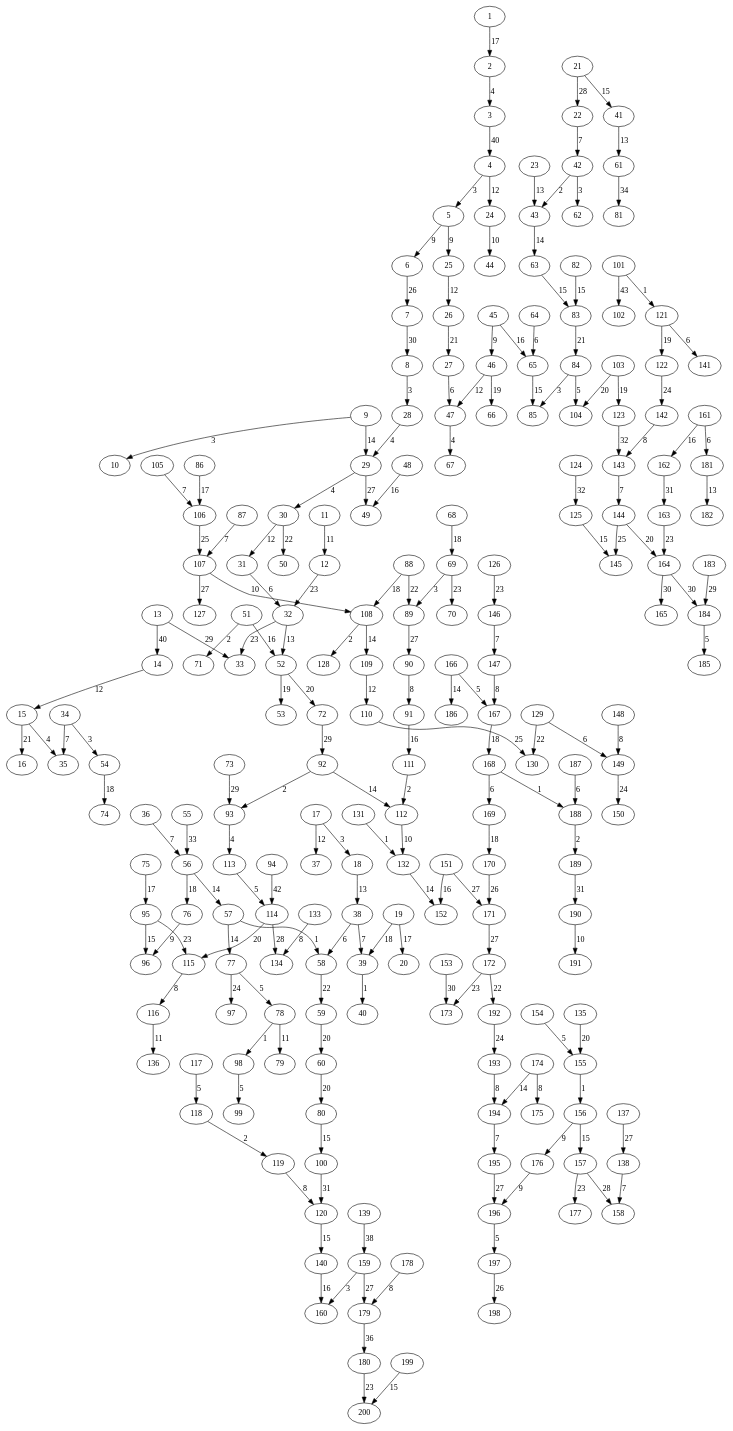
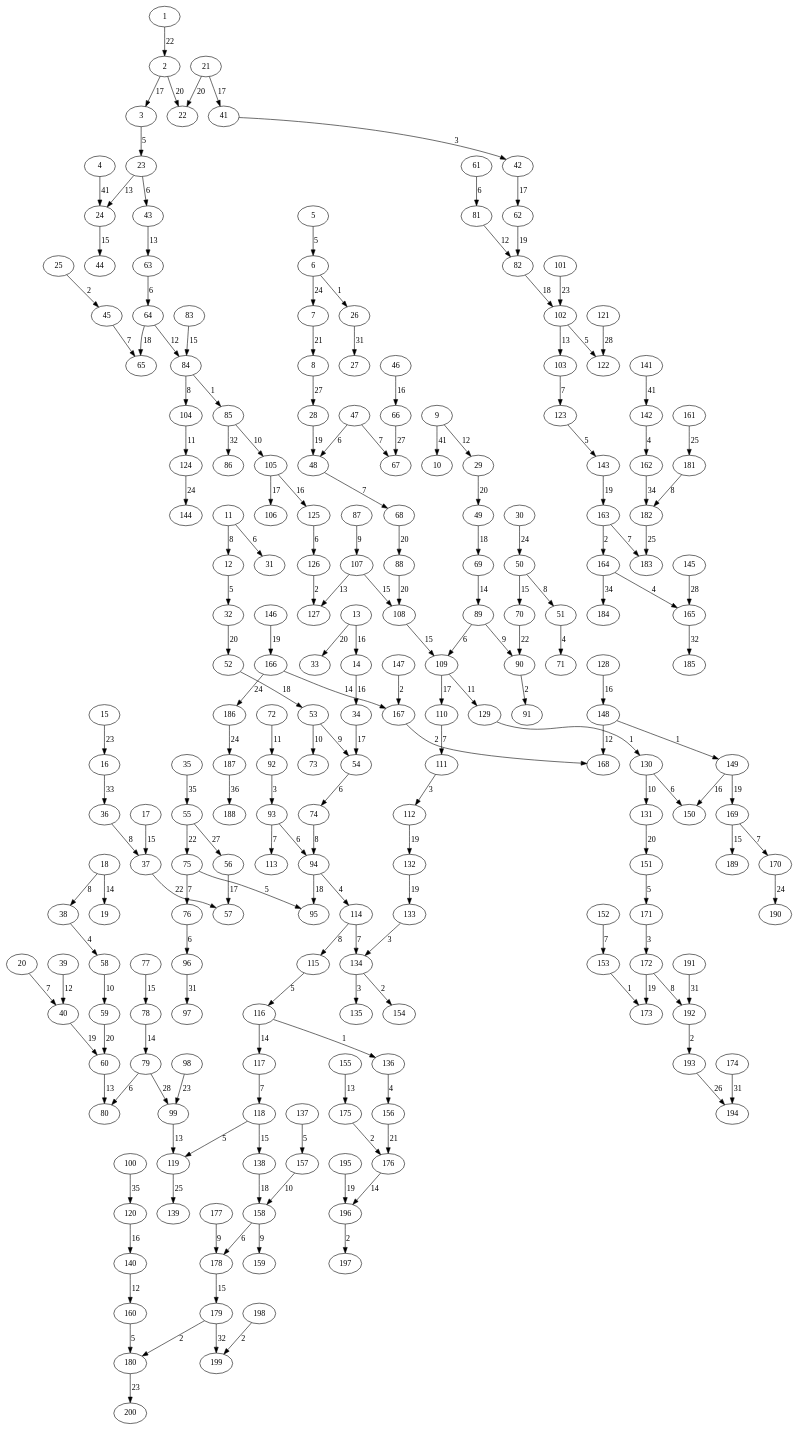
One commit to stormKx18/cic_algoritmos_proyecto4_Christian_Jaime changed the diagram in graphviz/grafoMalla_m_20_n_10_Prim.gv. Above: the diagram before and after it, drawn with Graphviz. The commit also changed 19 other files, not shown here.

```diff
--- a/graphviz/grafoMalla_m_20_n_10_Prim.gv
+++ b/graphviz/grafoMalla_m_20_n_10_Prim.gv
@@ -199,203 +199,203 @@
 198;
 199;
 200;
-1 -> 2[label=17 weight=17];
-2 -> 3[label=4 weight=4];
-3 -> 4[label=40 weight=40];
-4 -> 5[label=3 weight=3];
-5 -> 6[label=9 weight=9];
-6 -> 7[label=26 weight=26];
-7 -> 8[label=30 weight=30];
-9 -> 29[label=14 weight=14];
-9 -> 10[label=3 weight=3];
-11 -> 12[label=11 weight=11];
-12 -> 32[label=23 weight=23];
-13 -> 33[label=29 weight=29];
-13 -> 14[label=40 weight=40];
-14 -> 15[label=12 weight=12];
-15 -> 16[label=21 weight=21];
-17 -> 18[label=3 weight=3];
-18 -> 38[label=13 weight=13];
-19 -> 39[label=18 weight=18];
-19 -> 20[label=17 weight=17];
-21 -> 22[label=28 weight=28];
-22 -> 42[label=7 weight=7];
-23 -> 43[label=13 weight=13];
-4 -> 24[label=12 weight=12];
-5 -> 25[label=9 weight=9];
-25 -> 26[label=12 weight=12];
-26 -> 27[label=21 weight=21];
-8 -> 28[label=3 weight=3];
-28 -> 29[label=4 weight=4];
-29 -> 30[label=4 weight=4];
-30 -> 31[label=12 weight=12];
-31 -> 32[label=6 weight=6];
-32 -> 33[label=23 weight=23];
-34 -> 35[label=7 weight=7];
-15 -> 35[label=4 weight=4];
-36 -> 56[label=7 weight=7];
-17 -> 37[label=12 weight=12];
-38 -> 58[label=6 weight=6];
-38 -> 39[label=7 weight=7];
-39 -> 40[label=1 weight=1];
-21 -> 41[label=15 weight=15];
-42 -> 43[label=2 weight=2];
-43 -> 63[label=14 weight=14];
-24 -> 44[label=10 weight=10];
-45 -> 46[label=9 weight=9];
-46 -> 47[label=12 weight=12];
-27 -> 47[label=6 weight=6];
-48 -> 49[label=16 weight=16];
-29 -> 49[label=27 weight=27];
-30 -> 50[label=22 weight=22];
-51 -> 52[label=16 weight=16];
-32 -> 52[label=13 weight=13];
-52 -> 53[label=19 weight=19];
-34 -> 54[label=3 weight=3];
-55 -> 56[label=33 weight=33];
-56 -> 76[label=18 weight=18];
-56 -> 57[label=14 weight=14];
-57 -> 58[label=1 weight=1];
-58 -> 59[label=22 weight=22];
+1 -> 2[label=22 weight=22];
+2 -> 3[label=17 weight=17];
+4 -> 24[label=41 weight=41];
+5 -> 6[label=5 weight=5];
+6 -> 7[label=24 weight=24];
+7 -> 8[label=21 weight=21];
+8 -> 28[label=27 weight=27];
+9 -> 29[label=12 weight=12];
+9 -> 10[label=41 weight=41];
+11 -> 12[label=8 weight=8];
+12 -> 32[label=5 weight=5];
+13 -> 14[label=16 weight=16];
+14 -> 34[label=16 weight=16];
+15 -> 16[label=23 weight=23];
+16 -> 36[label=33 weight=33];
+17 -> 37[label=15 weight=15];
+18 -> 38[label=8 weight=8];
+18 -> 19[label=14 weight=14];
+20 -> 40[label=7 weight=7];
+21 -> 22[label=20 weight=20];
+2 -> 22[label=20 weight=20];
+3 -> 23[label=5 weight=5];
+23 -> 24[label=13 weight=13];
+25 -> 45[label=2 weight=2];
+6 -> 26[label=1 weight=1];
+26 -> 27[label=31 weight=31];
+28 -> 48[label=19 weight=19];
+29 -> 49[label=20 weight=20];
+30 -> 50[label=24 weight=24];
+11 -> 31[label=6 weight=6];
+32 -> 52[label=20 weight=20];
+13 -> 33[label=20 weight=20];
+34 -> 54[label=17 weight=17];
+35 -> 55[label=35 weight=35];
+36 -> 37[label=8 weight=8];
+37 -> 57[label=22 weight=22];
+38 -> 58[label=4 weight=4];
+39 -> 40[label=12 weight=12];
+40 -> 60[label=19 weight=19];
+21 -> 41[label=17 weight=17];
+41 -> 42[label=3 weight=3];
+23 -> 43[label=6 weight=6];
+24 -> 44[label=15 weight=15];
+45 -> 65[label=7 weight=7];
+46 -> 66[label=16 weight=16];
+47 -> 48[label=6 weight=6];
+48 -> 68[label=7 weight=7];
+49 -> 69[label=18 weight=18];
+50 -> 70[label=15 weight=15];
+50 -> 51[label=8 weight=8];
+52 -> 53[label=18 weight=18];
+53 -> 54[label=9 weight=9];
+54 -> 74[label=6 weight=6];
+55 -> 75[label=22 weight=22];
+55 -> 56[label=27 weight=27];
+56 -> 57[label=17 weight=17];
+58 -> 59[label=10 weight=10];
 59 -> 60[label=20 weight=20];
-41 -> 61[label=13 weight=13];
-42 -> 62[label=3 weight=3];
-63 -> 83[label=15 weight=15];
-64 -> 65[label=6 weight=6];
-45 -> 65[label=16 weight=16];
-46 -> 66[label=19 weight=19];
-47 -> 67[label=4 weight=4];
-68 -> 69[label=18 weight=18];
-69 -> 89[label=3 weight=3];
-69 -> 70[label=23 weight=23];
-51 -> 71[label=2 weight=2];
-52 -> 72[label=20 weight=20];
-73 -> 93[label=29 weight=29];
-54 -> 74[label=18 weight=18];
-75 -> 95[label=17 weight=17];
-76 -> 96[label=9 weight=9];
-57 -> 77[label=14 weight=14];
-77 -> 78[label=5 weight=5];
-78 -> 79[label=11 weight=11];
-60 -> 80[label=20 weight=20];
-61 -> 81[label=34 weight=34];
-82 -> 83[label=15 weight=15];
-83 -> 84[label=21 weight=21];
-84 -> 85[label=3 weight=3];
-65 -> 85[label=15 weight=15];
-86 -> 106[label=17 weight=17];
-87 -> 107[label=7 weight=7];
-88 -> 89[label=22 weight=22];
-89 -> 90[label=27 weight=27];
-90 -> 91[label=8 weight=8];
-91 -> 111[label=16 weight=16];
-72 -> 92[label=29 weight=29];
-92 -> 93[label=2 weight=2];
-94 -> 114[label=42 weight=42];
-95 -> 115[label=23 weight=23];
-95 -> 96[label=15 weight=15];
-77 -> 97[label=24 weight=24];
-78 -> 98[label=1 weight=1];
-98 -> 99[label=5 weight=5];
-80 -> 100[label=15 weight=15];
-101 -> 121[label=1 weight=1];
-101 -> 102[label=43 weight=43];
-103 -> 104[label=20 weight=20];
-84 -> 104[label=5 weight=5];
-105 -> 106[label=7 weight=7];
-106 -> 107[label=25 weight=25];
-107 -> 108[label=10 weight=10];
-88 -> 108[label=18 weight=18];
-108 -> 109[label=14 weight=14];
-109 -> 110[label=12 weight=12];
-111 -> 112[label=2 weight=2];
-92 -> 112[label=14 weight=14];
-93 -> 113[label=4 weight=4];
-113 -> 114[label=5 weight=5];
-114 -> 115[label=20 weight=20];
-115 -> 116[label=8 weight=8];
-117 -> 118[label=5 weight=5];
-118 -> 119[label=2 weight=2];
-119 -> 120[label=8 weight=8];
-100 -> 120[label=31 weight=31];
-121 -> 122[label=19 weight=19];
-122 -> 142[label=24 weight=24];
-103 -> 123[label=19 weight=19];
-124 -> 125[label=32 weight=32];
-125 -> 145[label=15 weight=15];
-126 -> 146[label=23 weight=23];
-107 -> 127[label=27 weight=27];
-108 -> 128[label=2 weight=2];
-129 -> 130[label=22 weight=22];
-110 -> 130[label=25 weight=25];
-131 -> 132[label=1 weight=1];
-112 -> 132[label=10 weight=10];
-133 -> 134[label=8 weight=8];
-114 -> 134[label=28 weight=28];
-135 -> 155[label=20 weight=20];
-116 -> 136[label=11 weight=11];
-137 -> 138[label=27 weight=27];
-138 -> 158[label=7 weight=7];
-139 -> 159[label=38 weight=38];
-120 -> 140[label=15 weight=15];
-121 -> 141[label=6 weight=6];
-142 -> 143[label=8 weight=8];
-123 -> 143[label=32 weight=32];
-143 -> 144[label=7 weight=7];
-144 -> 145[label=25 weight=25];
-146 -> 147[label=7 weight=7];
-147 -> 167[label=8 weight=8];
-148 -> 149[label=8 weight=8];
-129 -> 149[label=6 weight=6];
-149 -> 150[label=24 weight=24];
-151 -> 152[label=16 weight=16];
-132 -> 152[label=14 weight=14];
-153 -> 173[label=30 weight=30];
-154 -> 155[label=5 weight=5];
-155 -> 156[label=1 weight=1];
-156 -> 176[label=9 weight=9];
-156 -> 157[label=15 weight=15];
-157 -> 158[label=28 weight=28];
-159 -> 160[label=3 weight=3];
-140 -> 160[label=16 weight=16];
-161 -> 162[label=16 weight=16];
-162 -> 163[label=31 weight=31];
-163 -> 164[label=23 weight=23];
-144 -> 164[label=20 weight=20];
-164 -> 165[label=30 weight=30];
-166 -> 167[label=5 weight=5];
-167 -> 168[label=18 weight=18];
-168 -> 169[label=6 weight=6];
-169 -> 170[label=18 weight=18];
-170 -> 171[label=26 weight=26];
-151 -> 171[label=27 weight=27];
-171 -> 172[label=27 weight=27];
-172 -> 173[label=23 weight=23];
-174 -> 194[label=14 weight=14];
-174 -> 175[label=8 weight=8];
-176 -> 196[label=9 weight=9];
-157 -> 177[label=23 weight=23];
-178 -> 179[label=8 weight=8];
-159 -> 179[label=27 weight=27];
-179 -> 180[label=36 weight=36];
-161 -> 181[label=6 weight=6];
-181 -> 182[label=13 weight=13];
-183 -> 184[label=29 weight=29];
-164 -> 184[label=30 weight=30];
-184 -> 185[label=5 weight=5];
-166 -> 186[label=14 weight=14];
-187 -> 188[label=6 weight=6];
-168 -> 188[label=1 weight=1];
-188 -> 189[label=2 weight=2];
-189 -> 190[label=31 weight=31];
-190 -> 191[label=10 weight=10];
-172 -> 192[label=22 weight=22];
-192 -> 193[label=24 weight=24];
-193 -> 194[label=8 weight=8];
-194 -> 195[label=7 weight=7];
-195 -> 196[label=27 weight=27];
-196 -> 197[label=5 weight=5];
-197 -> 198[label=26 weight=26];
-199 -> 200[label=15 weight=15];
+60 -> 80[label=13 weight=13];
+61 -> 81[label=6 weight=6];
+42 -> 62[label=17 weight=17];
+43 -> 63[label=13 weight=13];
+63 -> 64[label=6 weight=6];
+64 -> 65[label=18 weight=18];
+66 -> 67[label=27 weight=27];
+47 -> 67[label=7 weight=7];
+68 -> 88[label=20 weight=20];
+69 -> 89[label=14 weight=14];
+70 -> 90[label=22 weight=22];
+51 -> 71[label=4 weight=4];
+72 -> 92[label=11 weight=11];
+53 -> 73[label=10 weight=10];
+74 -> 94[label=8 weight=8];
+75 -> 95[label=5 weight=5];
+75 -> 76[label=7 weight=7];
+77 -> 78[label=15 weight=15];
+78 -> 79[label=14 weight=14];
+79 -> 99[label=28 weight=28];
+79 -> 80[label=6 weight=6];
+81 -> 82[label=12 weight=12];
+62 -> 82[label=19 weight=19];
+83 -> 84[label=15 weight=15];
+64 -> 84[label=12 weight=12];
+84 -> 85[label=1 weight=1];
+85 -> 86[label=32 weight=32];
+87 -> 107[label=9 weight=9];
+88 -> 108[label=20 weight=20];
+89 -> 109[label=6 weight=6];
+89 -> 90[label=9 weight=9];
+90 -> 91[label=2 weight=2];
+92 -> 93[label=3 weight=3];
+93 -> 94[label=6 weight=6];
+94 -> 114[label=4 weight=4];
+94 -> 95[label=18 weight=18];
+76 -> 96[label=6 weight=6];
+96 -> 97[label=31 weight=31];
+98 -> 99[label=23 weight=23];
+99 -> 119[label=13 weight=13];
+100 -> 120[label=35 weight=35];
+101 -> 102[label=23 weight=23];
+82 -> 102[label=18 weight=18];
+102 -> 103[label=13 weight=13];
+84 -> 104[label=8 weight=8];
+85 -> 105[label=10 weight=10];
+105 -> 106[label=17 weight=17];
+107 -> 127[label=13 weight=13];
+107 -> 108[label=15 weight=15];
+108 -> 109[label=15 weight=15];
+109 -> 110[label=17 weight=17];
+110 -> 111[label=7 weight=7];
+111 -> 112[label=3 weight=3];
+93 -> 113[label=7 weight=7];
+114 -> 134[label=7 weight=7];
+114 -> 115[label=8 weight=8];
+115 -> 116[label=5 weight=5];
+116 -> 117[label=14 weight=14];
+117 -> 118[label=7 weight=7];
+118 -> 119[label=5 weight=5];
+120 -> 140[label=16 weight=16];
+121 -> 122[label=28 weight=28];
+102 -> 122[label=5 weight=5];
+103 -> 123[label=7 weight=7];
+104 -> 124[label=11 weight=11];
+105 -> 125[label=16 weight=16];
+125 -> 126[label=6 weight=6];
+126 -> 127[label=2 weight=2];
+128 -> 148[label=16 weight=16];
+109 -> 129[label=11 weight=11];
+129 -> 130[label=1 weight=1];
+130 -> 131[label=10 weight=10];
+112 -> 132[label=19 weight=19];
+132 -> 133[label=19 weight=19];
+133 -> 134[label=3 weight=3];
+134 -> 135[label=3 weight=3];
+116 -> 136[label=1 weight=1];
+137 -> 157[label=5 weight=5];
+118 -> 138[label=15 weight=15];
+119 -> 139[label=25 weight=25];
+140 -> 160[label=12 weight=12];
+141 -> 142[label=41 weight=41];
+142 -> 162[label=4 weight=4];
+123 -> 143[label=5 weight=5];
+124 -> 144[label=24 weight=24];
+145 -> 165[label=28 weight=28];
+146 -> 166[label=19 weight=19];
+147 -> 167[label=2 weight=2];
+148 -> 149[label=1 weight=1];
+149 -> 150[label=16 weight=16];
+130 -> 150[label=6 weight=6];
+131 -> 151[label=20 weight=20];
+152 -> 153[label=7 weight=7];
+153 -> 173[label=1 weight=1];
+134 -> 154[label=2 weight=2];
+155 -> 175[label=13 weight=13];
+136 -> 156[label=4 weight=4];
+157 -> 158[label=10 weight=10];
+138 -> 158[label=18 weight=18];
+158 -> 159[label=9 weight=9];
+160 -> 180[label=5 weight=5];
+161 -> 181[label=25 weight=25];
+162 -> 182[label=34 weight=34];
+143 -> 163[label=19 weight=19];
+163 -> 164[label=2 weight=2];
+164 -> 165[label=4 weight=4];
+166 -> 167[label=14 weight=14];
+167 -> 168[label=2 weight=2];
+148 -> 168[label=12 weight=12];
+149 -> 169[label=19 weight=19];
+169 -> 170[label=7 weight=7];
+151 -> 171[label=5 weight=5];
+171 -> 172[label=3 weight=3];
+172 -> 173[label=19 weight=19];
+174 -> 194[label=31 weight=31];
+175 -> 176[label=2 weight=2];
+156 -> 176[label=21 weight=21];
+177 -> 178[label=9 weight=9];
+158 -> 178[label=6 weight=6];
+178 -> 179[label=15 weight=15];
+179 -> 180[label=2 weight=2];
+181 -> 182[label=8 weight=8];
+182 -> 183[label=25 weight=25];
+163 -> 183[label=7 weight=7];
+164 -> 184[label=34 weight=34];
+165 -> 185[label=32 weight=32];
+166 -> 186[label=24 weight=24];
+186 -> 187[label=24 weight=24];
+187 -> 188[label=36 weight=36];
+169 -> 189[label=15 weight=15];
+170 -> 190[label=24 weight=24];
+191 -> 192[label=31 weight=31];
+172 -> 192[label=8 weight=8];
+192 -> 193[label=2 weight=2];
+193 -> 194[label=26 weight=26];
+195 -> 196[label=19 weight=19];
+176 -> 196[label=14 weight=14];
+196 -> 197[label=2 weight=2];
+198 -> 199[label=2 weight=2];
+179 -> 199[label=32 weight=32];
 180 -> 200[label=23 weight=23];
 }
```
